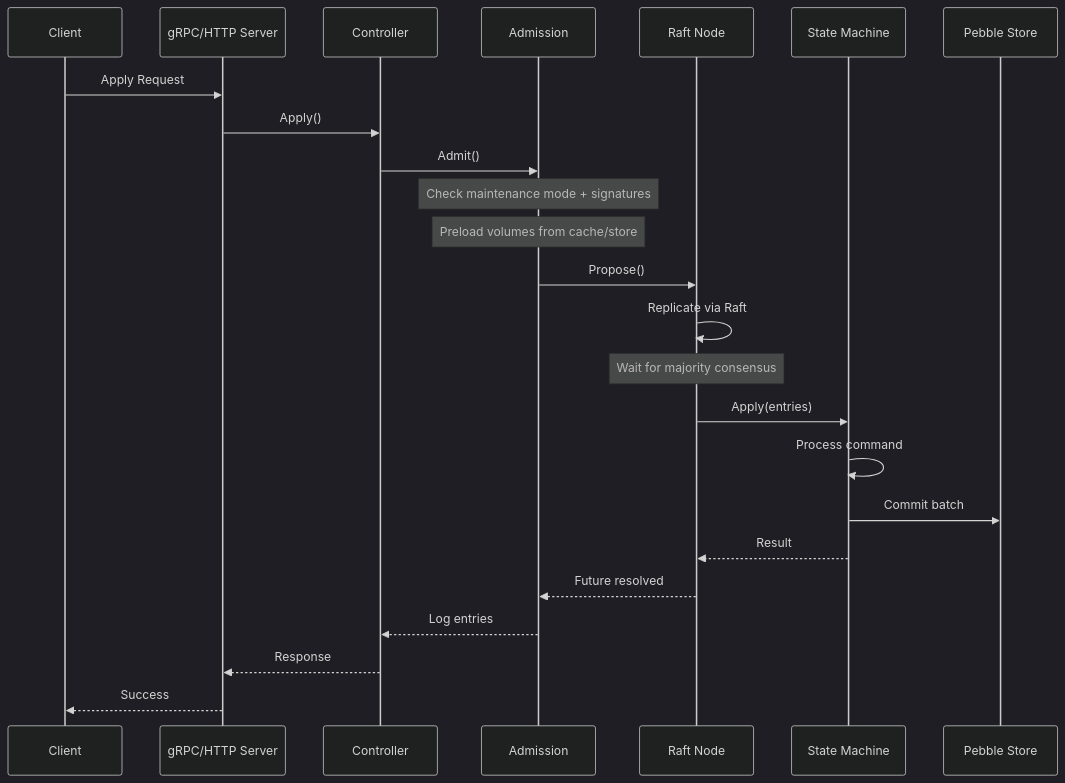
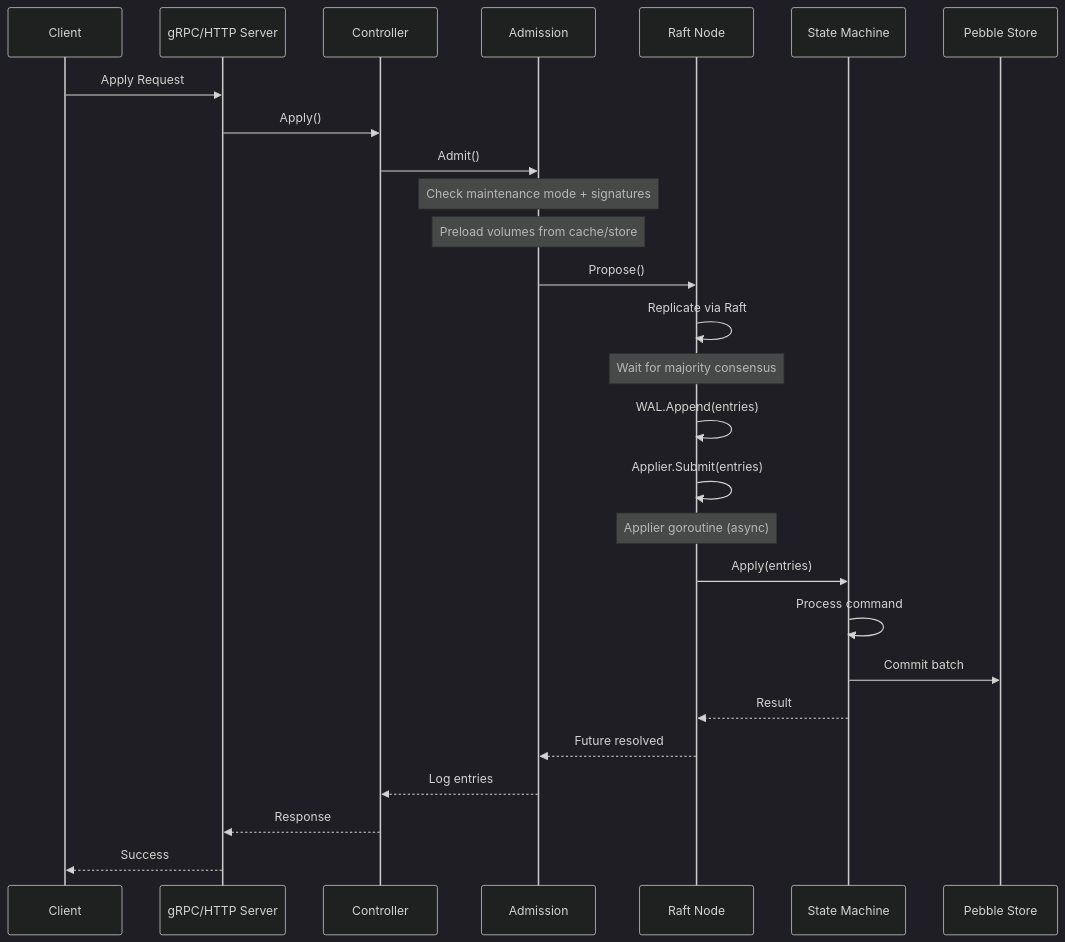
One commit to formancehq/ledger changed the second of 6 diagrams in docs/dev/architecture/overview.md. Above: the diagram before and after it, drawn with Mermaid (dark theme). The commit also changed other lines of this file and 6 other files, not shown here.

First line of the commit message:
refactor: extract Applier from Node to decouple WAL writes from FSM application

````diff
--- a/docs/dev/architecture/overview.md
+++ b/docs/dev/architecture/overview.md
@@ -80,32 +82,36 @@
 ```mermaid
 sequenceDiagram
     participant C as Client
     participant API as gRPC/HTTP Server
     participant Ctrl as Controller
     participant Adm as Admission
     participant Node as Raft Node
     participant FSM as State Machine
     participant Store as Pebble Store
 
     C->>API: Apply Request
     API->>Ctrl: Apply()
     Ctrl->>Adm: Admit()
 
     Note over Adm: Check maintenance mode + signatures
     Note over Adm: Preload volumes from cache/store
 
     Adm->>Node: Propose()
     Node->>Node: Replicate via Raft
-    
+
     Note over Node: Wait for majority consensus
-    
+
+    Node->>Node: WAL.Append(entries)
+    Node->>Node: Applier.Submit(entries)
+
+    Note over Node: Applier goroutine (async)
     Node->>FSM: Apply(entries)
     FSM->>FSM: Process command
     FSM->>Store: Commit batch
-    
+
     FSM-->>Node: Result
     Node-->>Adm: Future resolved
     Adm-->>Ctrl: Log entries
     Ctrl-->>API: Response
     API-->>C: Success
 ```
````
